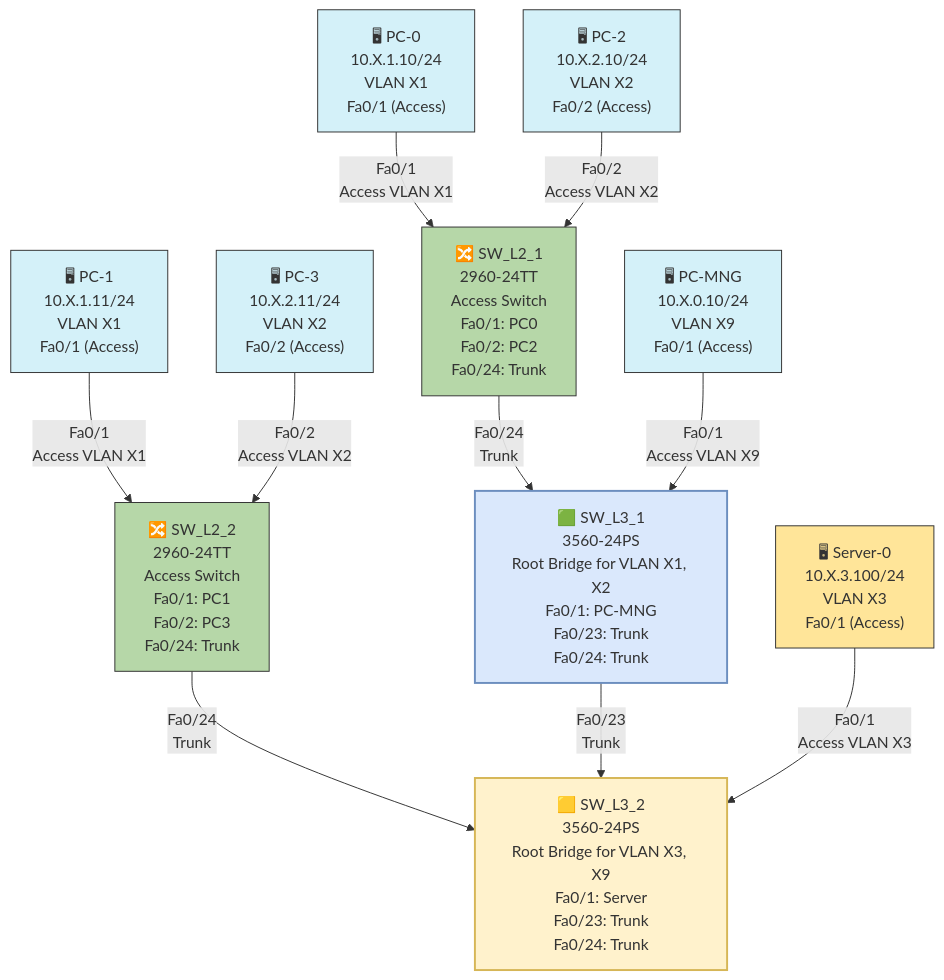
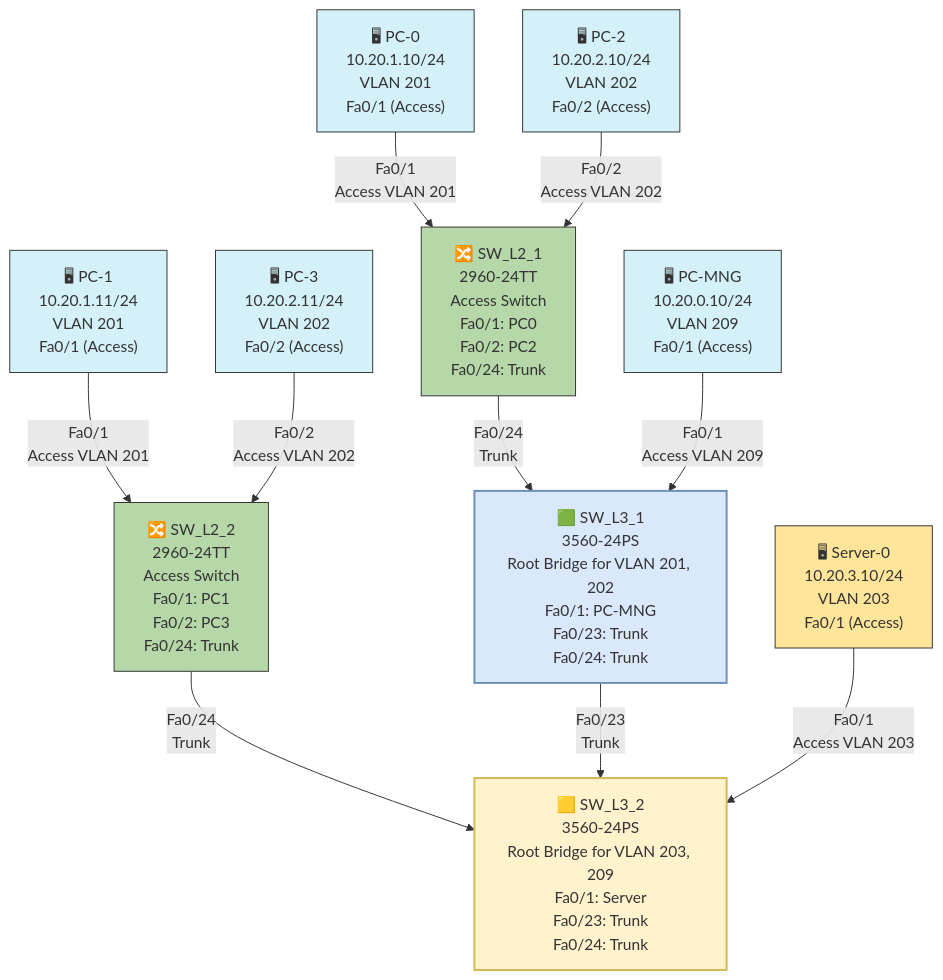
One commit to Haapsalu-Kutsehariduskeskus/av changed the diagram in Project/part4.md. Above: the diagram before and after it, drawn with Mermaid. The commit also changed other lines of this file, not shown here.

````diff
--- a/Project/part4.md
+++ b/Project/part4.md
@@ -11,50 +11,50 @@
 ```mermaid
 graph TD
 
     %% === PCs ===
-    MNG["🖥 PC-MNG<br/>10.X.0.10/24<br/>VLAN X9<br/>Fa0/1 (Access)"]:::pc
-    PC0["🖥 PC-0<br/>10.X.1.10/24<br/>VLAN X1<br/>Fa0/1 (Access)"]:::pc
-    PC2["🖥 PC-2<br/>10.X.2.10/24<br/>VLAN X2<br/>Fa0/2 (Access)"]:::pc
-    PC1["🖥 PC-1<br/>10.X.1.11/24<br/>VLAN X1<br/>Fa0/1 (Access)"]:::pc
-    PC3["🖥 PC-3<br/>10.X.2.11/24<br/>VLAN X2<br/>Fa0/2 (Access)"]:::pc
+    MNG["🖥 PC-MNG<br/>10.20.0.10/24<br/>VLAN 209<br/>Fa0/1 (Access)"]:::pc
+    PC0["🖥 PC-0<br/>10.20.1.10/24<br/>VLAN 201<br/>Fa0/1 (Access)"]:::pc
+    PC2["🖥 PC-2<br/>10.20.2.10/24<br/>VLAN 202<br/>Fa0/2 (Access)"]:::pc
+    PC1["🖥 PC-1<br/>10.20.1.11/24<br/>VLAN 201<br/>Fa0/1 (Access)"]:::pc
+    PC3["🖥 PC-3<br/>10.20.2.11/24<br/>VLAN 202<br/>Fa0/2 (Access)"]:::pc
 
     %% === Server ===
-    SERVER["🖥 Server-0<br/>10.X.3.100/24<br/>VLAN X3<br/>Fa0/1 (Access)"]:::server
+    SERVER["🖥 Server-0<br/>10.20.3.10/24<br/>VLAN 203<br/>Fa0/1 (Access)"]:::server
 
     %% === Access Switches ===
     SW3["🔀 SW_L2_1<br/>2960-24TT<br/>Access Switch<br/>Fa0/1: PC0<br/>Fa0/2: PC2<br/>Fa0/24: Trunk"]:::access
     SW4["🔀 SW_L2_2<br/>2960-24TT<br/>Access Switch<br/>Fa0/1: PC1<br/>Fa0/2: PC3<br/>Fa0/24: Trunk"]:::access
 
     %% === Distribution Switches ===
-    SW1["🟩 SW_L3_1<br/>3560-24PS<br/>Root Bridge for VLAN X1, X2<br/>Fa0/1: PC-MNG<br/>Fa0/23: Trunk<br/>Fa0/24: Trunk"]:::rootX1X2
-    SW2["🟨 SW_L3_2<br/>3560-24PS<br/>Root Bridge for VLAN X3, X9<br/>Fa0/1: Server<br/>Fa0/23: Trunk<br/>Fa0/24: Trunk"]:::rootX3X9
+    SW1["🟩 SW_L3_1<br/>3560-24PS<br/>Root Bridge for VLAN 201, 202<br/>Fa0/1: PC-MNG<br/>Fa0/23: Trunk<br/>Fa0/24: Trunk"]:::rootX1X2
+    SW2["🟨 SW_L3_2<br/>3560-24PS<br/>Root Bridge for VLAN 203, 209<br/>Fa0/1: Server<br/>Fa0/23: Trunk<br/>Fa0/24: Trunk"]:::rootX3X9
 
     %% === Connections ===
-    PC0 -->|Fa0/1<br/>Access VLAN X1| SW3
-    PC2 -->|Fa0/2<br/>Access VLAN X2| SW3
+    PC0 -->|Fa0/1<br/>Access VLAN 201| SW3
+    PC2 -->|Fa0/2<br/>Access VLAN 202| SW3
 
-    PC1 -->|Fa0/1<br/>Access VLAN X1| SW4
-    PC3 -->|Fa0/2<br/>Access VLAN X2| SW4
+    PC1 -->|Fa0/1<br/>Access VLAN 201| SW4
+    PC3 -->|Fa0/2<br/>Access VLAN 202| SW4
 
     SW3 -->|Fa0/24<br/>Trunk| SW1
     SW4 -->|Fa0/24<br/>Trunk| SW2
 
     SW1 -->|Fa0/23<br/>Trunk| SW2
 
-    MNG -->|Fa0/1<br/>Access VLAN X9| SW1
-    SERVER -->|Fa0/1<br/>Access VLAN X3| SW2
+    MNG -->|Fa0/1<br/>Access VLAN 209| SW1
+    SERVER -->|Fa0/1<br/>Access VLAN 203| SW2
 
     %% === Classes ===
     classDef pc fill:#d4f1f9,stroke:#333,stroke-width:1px;
     classDef server fill:#ffe599,stroke:#333,stroke-width:1px;
     classDef access fill:#b6d7a8,stroke:#333,stroke-width:1px;
     classDef rootX1X2 fill:#dae8fc,stroke:#6c8ebf,stroke-width:2px;
     classDef rootX3X9 fill:#fff2cc,stroke:#d6b656,stroke-width:2px;
 
     class MNG,PC0,PC1,PC2,PC3 pc;
     class SERVER server;
     class SW3,SW4 access;
     class SW1 rootX1X2;
     class SW2 rootX3X9;
 
 ```
````
